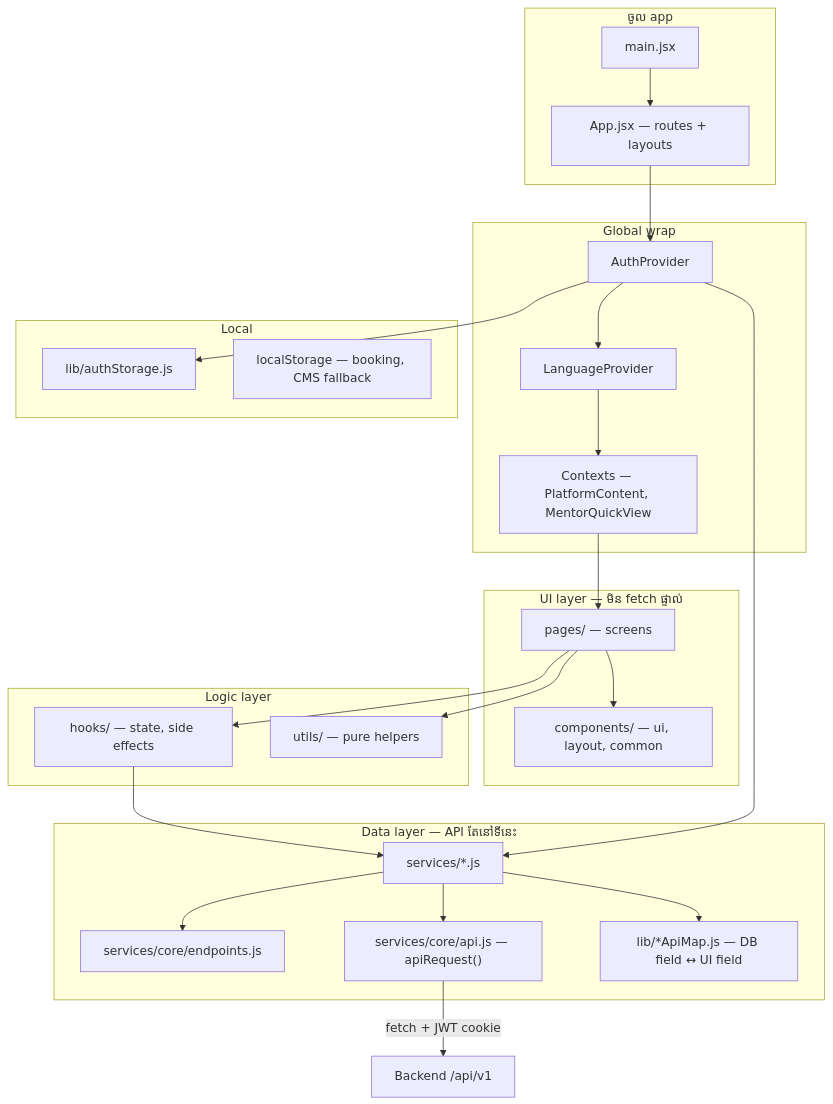
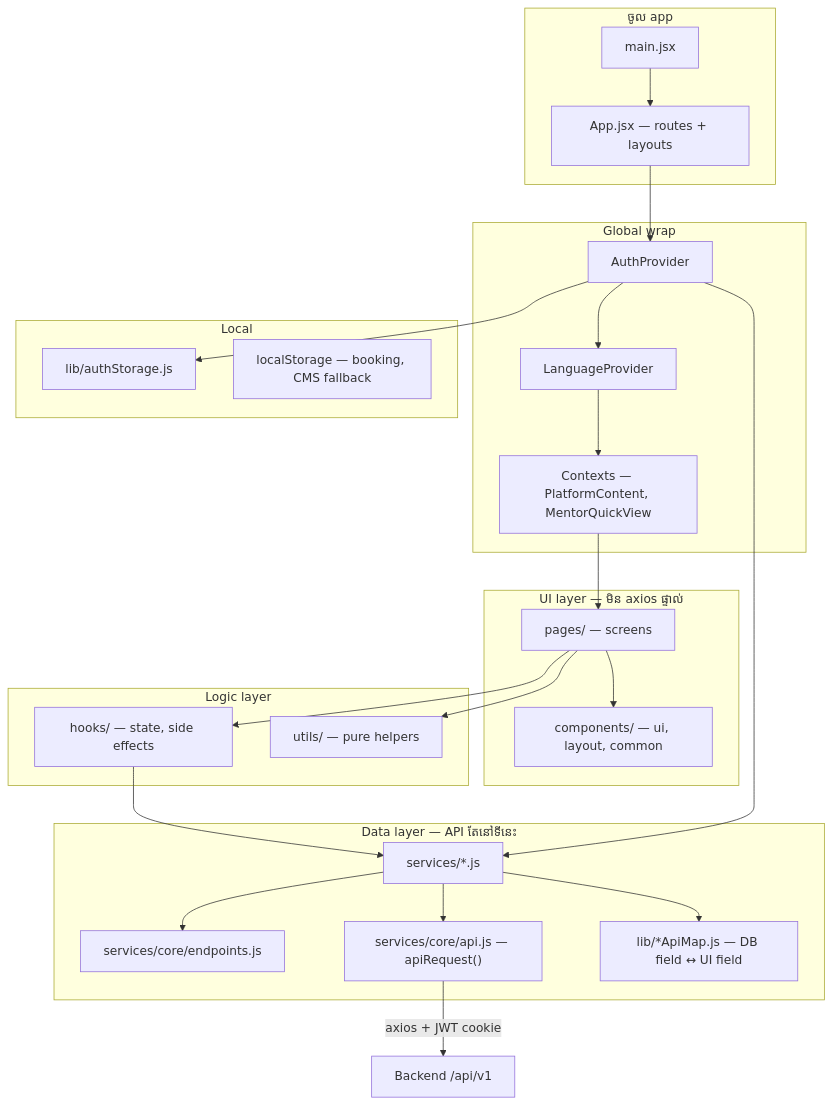
The second of 10 diagrams in PROJECT_STRUCTURE.md (Mao-SokHun/Frontend_-Task_Team), drawn with Mermaid before and after one commit. The commit also changed other lines of this file and 15 other files, not shown here.

Commit message:
Change from fetch to use axios

````diff
--- a/PROJECT_STRUCTURE.md
+++ b/PROJECT_STRUCTURE.md
@@ -85,49 +254,49 @@
 ```mermaid
 flowchart TB
   subgraph Entry["ចូល app"]
     main["main.jsx"]
     App["App.jsx — routes + layouts"]
     main --> App
   end
 
   subgraph Providers["Global wrap"]
     Auth["AuthProvider"]
     Lang["LanguageProvider"]
     Ctx["Contexts — PlatformContent, MentorQuickView"]
     App --> Auth --> Lang --> Ctx
   end
 
-  subgraph UI["UI layer — មិន fetch ផ្ទាល់"]
+  subgraph UI["UI layer — មិន axios ផ្ទាល់"]
     Pages["pages/ — screens"]
     Comp["components/ — ui, layout, common"]
     Pages --> Comp
   end
 
   subgraph Logic["Logic layer"]
     Hooks["hooks/ — state, side effects"]
     Utils["utils/ — pure helpers"]
     Pages --> Hooks
     Pages --> Utils
   end
 
   subgraph Data["Data layer — API តែនៅទីនេះ"]
     Svc["services/*.js"]
     EP["services/core/endpoints.js"]
     API["services/core/api.js — apiRequest()"]
     Map["lib/*ApiMap.js — DB field ↔ UI field"]
     Svc --> EP
     Svc --> API
     Svc --> Map
   end
 
   subgraph Storage["Local"]
     AuthSt["lib/authStorage.js"]
     LS["localStorage — booking, CMS fallback"]
   end
 
   Ctx --> Pages
   Hooks --> Svc
   Auth --> AuthSt
   Auth --> Svc
-  API -->|"fetch + JWT cookie"| Net["Backend /api/v1"]
+  API -->|"axios + JWT cookie"| Net["Backend /api/v1"]
 ```
````
